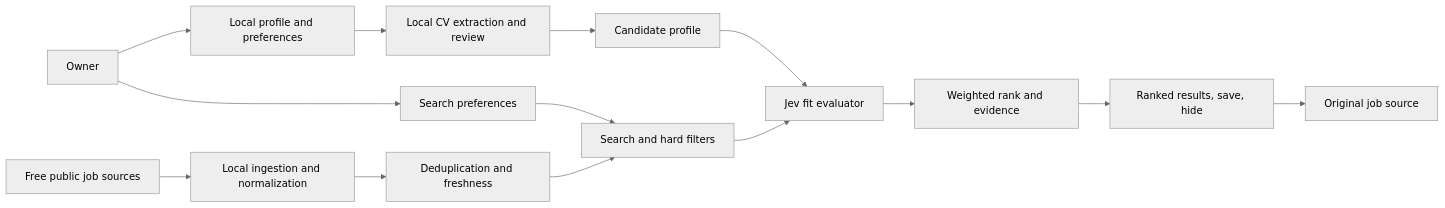
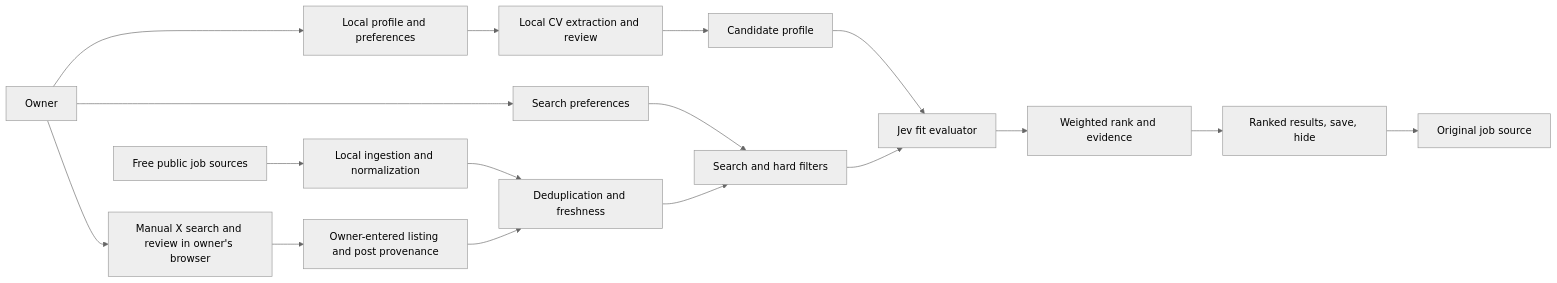
The diagram in docs/architecture/overview.md (jmsb505/clue-ai), drawn with Mermaid (neutral theme) before and after one commit. The commit also changed other lines of this file and 29 other files, not shown here.

````diff
--- a/docs/architecture/overview.md
+++ b/docs/architecture/overview.md
@@ -14,16 +14,19 @@
 ```mermaid
 flowchart LR
     U[Owner] --> A[Local profile and preferences]
     A --> P[Local CV extraction and review]
     U --> Q[Search preferences]
+    U --> X[Manual X search and review in owner's browser]
+    X --> M[Owner-entered listing and post provenance]
     P --> S[Candidate profile]
     Q --> F[Search and hard filters]
     C[Free public job sources] --> I[Local ingestion and normalization]
     I --> D[Deduplication and freshness]
     D --> F
+    M --> D
     S --> E[Jev fit evaluator]
     F --> E
     E --> R[Weighted rank and evidence]
     R --> V[Ranked results, save, hide]
     V --> O[Original job source]
 ```
````
